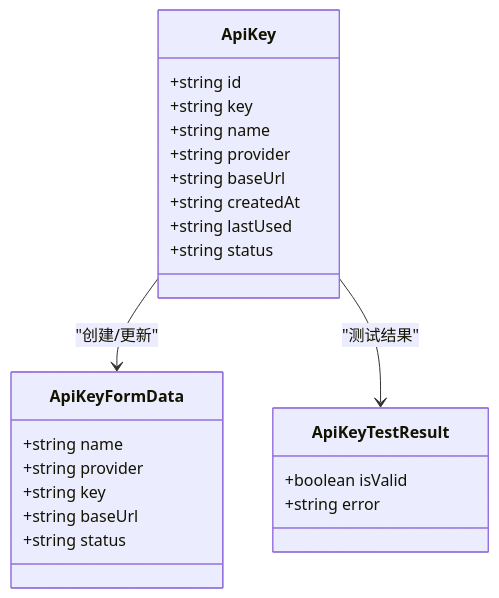
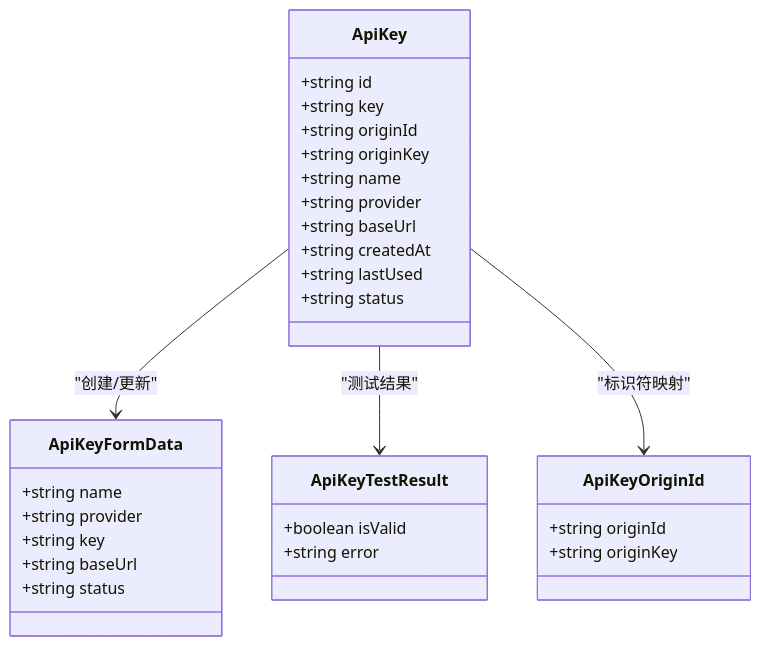
The third of 8 diagrams in .qoder/repowiki/zh/content/API 参考/tRPC API 接口/API Key 管理路由.md (RadiumAg/AIGate), drawn with Mermaid before and after one commit. The commit also changed other lines of this file and 2 other files, not shown here.

First line of the commit message:
feat(api-key): 优化状态切换和添加实时通知功能

````diff
--- a/.qoder/repowiki/zh/content/API 参考/tRPC API 接口/API Key 管理路由.md
+++ b/.qoder/repowiki/zh/content/API 参考/tRPC API 接口/API Key 管理路由.md
@@ -130,26 +152,33 @@
 ```mermaid
 classDiagram
 class ApiKey {
 +string id
 +string key
++string originId
++string originKey
 +string name
 +string provider
 +string baseUrl
 +string createdAt
 +string lastUsed
 +string status
 }
 class ApiKeyFormData {
 +string name
 +string provider
 +string key
 +string baseUrl
 +string status
 }
 class ApiKeyTestResult {
 +boolean isValid
 +string error
 }
+class ApiKeyOriginId {
++string originId
++string originKey
+}
 ApiKey --> ApiKeyFormData : "创建/更新"
 ApiKey --> ApiKeyTestResult : "测试结果"
+ApiKey --> ApiKeyOriginId : "标识符映射"
 ```
````
